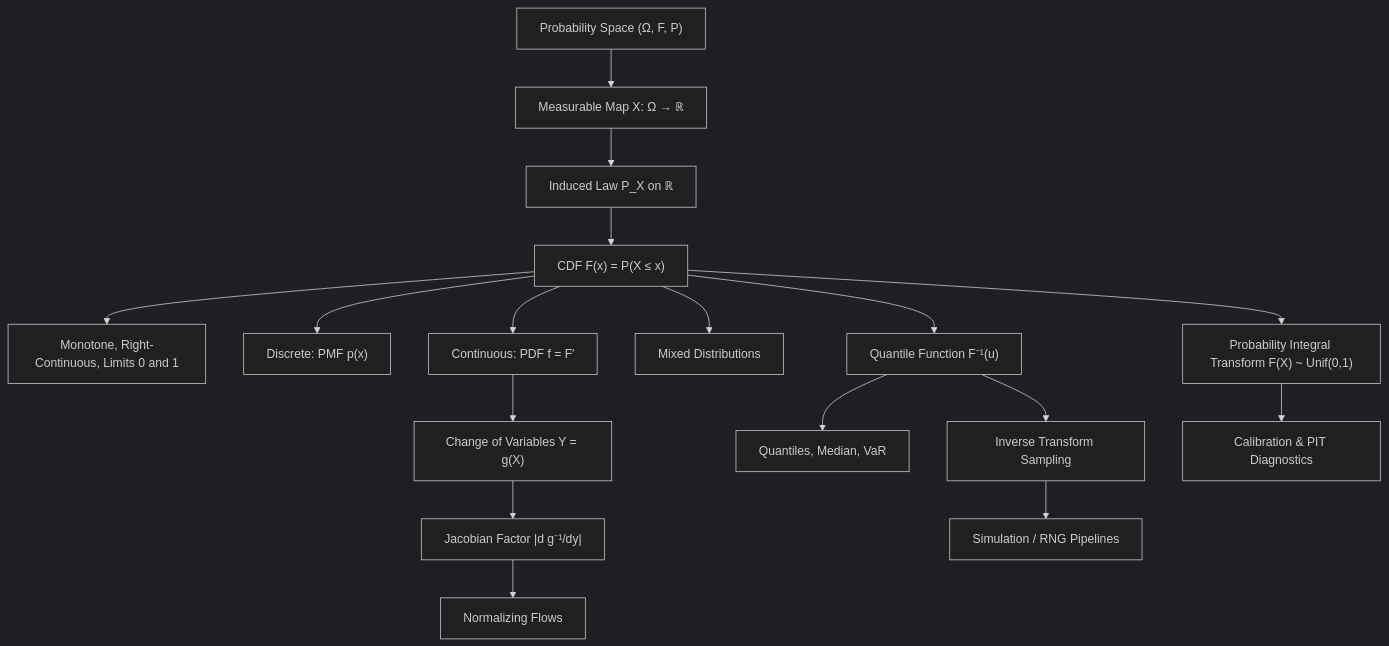
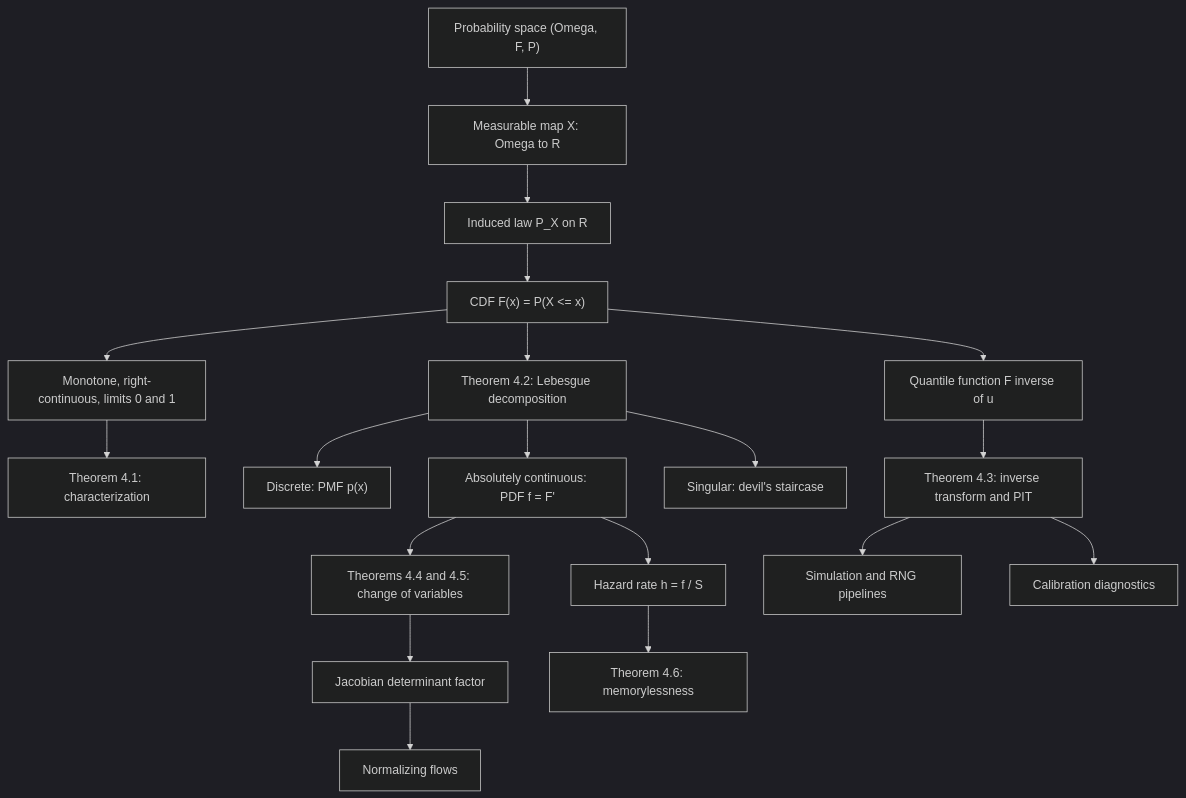
Before and after one commit to hien078/applied-mathematics-foundation: the diagram in probability_statistics/03_random_variables_and_distribution_functions/README.md, drawn with Mermaid (dark theme). The commit also changed other lines of this file and 150 other files, not shown here.

````diff
--- a/probability_statistics/03_random_variables_and_distribution_functions/README.md
+++ b/probability_statistics/03_random_variables_and_distribution_functions/README.md
@@ -24,19 +60,21 @@
 ```mermaid
 graph TD
-    A["Probability Space (Ω, F, P)"] --> B["Measurable Map X: Ω → ℝ"]
-    B --> C["Induced Law P_X on ℝ"]
-    C --> D["CDF F(x) = P(X ≤ x)"]
-    D --> E["Monotone, Right-Continuous, Limits 0 and 1"]
-    D --> F["Discrete: PMF p(x)"]
-    D --> G["Continuous: PDF f = F′"]
-    D --> H["Mixed Distributions"]
-    D --> I["Quantile Function F⁻¹(u)"]
-    I --> J["Inverse Transform Sampling"]
-    I --> K["Quantiles, Median, VaR"]
-    G --> L["Change of Variables Y = g(X)"]
-    L --> M["Jacobian Factor |d g⁻¹/dy|"]
-    M --> N["Normalizing Flows"]
-    J --> O["Simulation / RNG Pipelines"]
-    D --> P["Probability Integral Transform F(X) ~ Unif(0,1)"]
-    P --> Q["Calibration & PIT Diagnostics"]
+    A["Probability space (Omega, F, P)"] --> B["Measurable map X: Omega to R"]
+    B --> C["Induced law P_X on R"]
+    C --> D["CDF F(x) = P(X <= x)"]
+    D --> E["Monotone, right-continuous, limits 0 and 1"]
+    E --> F["Theorem 4.1: characterization"]
+    D --> G["Theorem 4.2: Lebesgue decomposition"]
+    G --> H["Discrete: PMF p(x)"]
+    G --> I["Absolutely continuous: PDF f = F'"]
+    G --> J["Singular: devil's staircase"]
+    D --> K["Quantile function F inverse of u"]
+    K --> L["Theorem 4.3: inverse transform and PIT"]
+    L --> M["Simulation and RNG pipelines"]
+    L --> N["Calibration diagnostics"]
+    I --> O["Theorems 4.4 and 4.5: change of variables"]
+    O --> P["Jacobian determinant factor"]
+    P --> Q["Normalizing flows"]
+    I --> R["Hazard rate h = f / S"]
+    R --> S["Theorem 4.6: memorylessness"]
 ```
````
